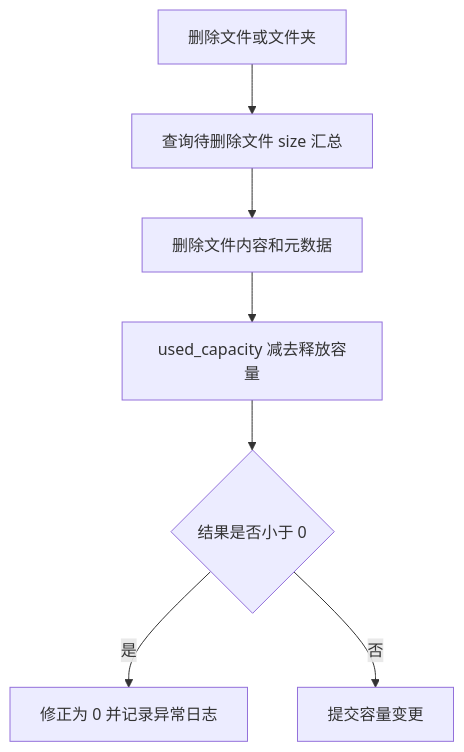
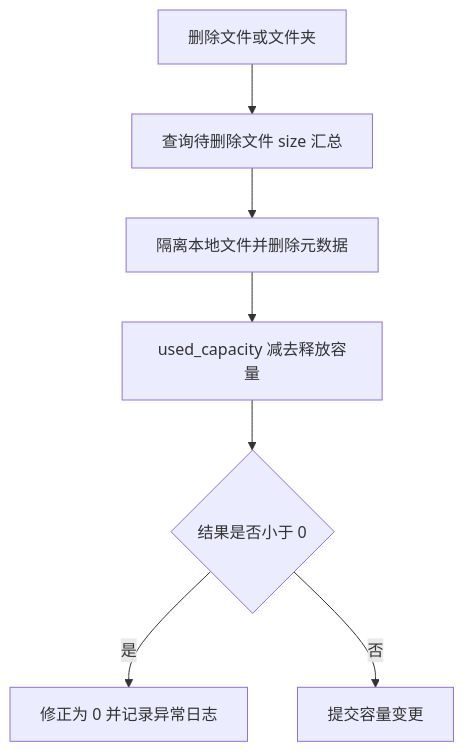
One commit to CNGM222/mycloud changed diagram 17 of 35 in 详细设计-流程图与类图.md. Above: the diagram before and after it, drawn with Mermaid. The commit also changed other lines of this file and 56 other files, not shown here.

````diff
--- a/详细设计-流程图与类图.md
+++ b/详细设计-流程图与类图.md
@@ -402,9 +421,9 @@
 ```mermaid
 flowchart TD
     A[删除文件或文件夹] --> B[查询待删除文件 size 汇总]
-    B --> C[删除文件内容和元数据]
+    B --> C[隔离本地文件并删除元数据]
     C --> D[used_capacity 减去释放容量]
     D --> E{结果是否小于 0}
     E -->|是| F[修正为 0 并记录异常日志]
     E -->|否| G[提交容量变更]
 ```
````
